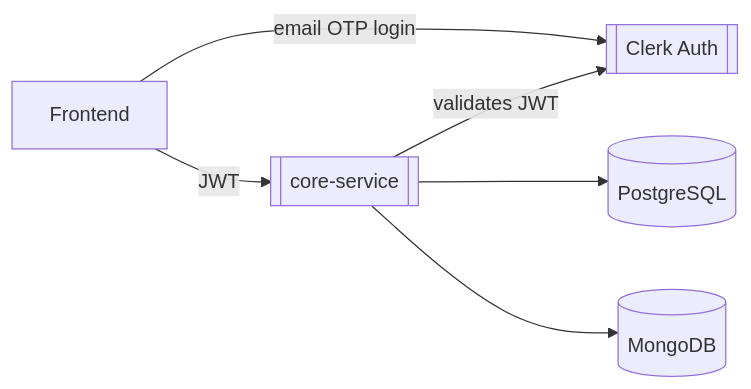
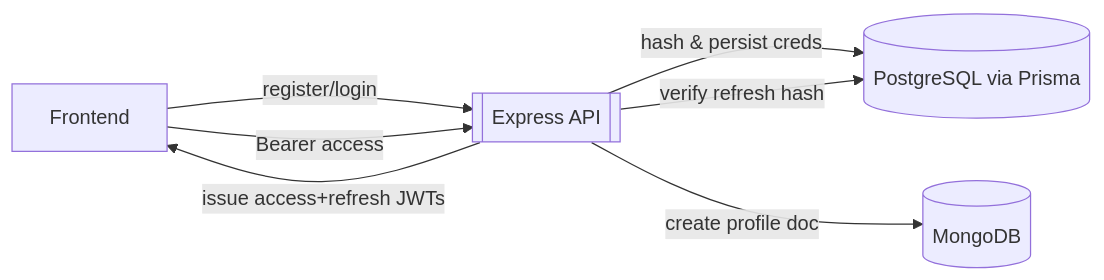
Before and after one commit to l-quincy01/uni-scheduler: the second of 5 diagrams in README.md, drawn with Mermaid. The commit also changed other lines of this file, not shown here.

````diff
--- a/README.md
+++ b/README.md
@@ -95,8 +111,9 @@
 ```mermaid
 flowchart LR
-    FE[Frontend] -- email OTP login --> Clerk[[Clerk Auth]]
-    API[[core-service]] -- validates JWT --> Clerk
-    API --> Postgres[(PostgreSQL)]
-    API --> Mongo[(MongoDB)]
-    FE -->|JWT| API
+    FE[Frontend] -- register/login --> API[[Express API]]
+    API -- hash & persist creds --> PSQL[(PostgreSQL via Prisma)]
+    API -- create profile doc --> MONGO[(MongoDB)]
+    API -- issue access+refresh JWTs --> FE
+    FE -->|Bearer access| API
+    API -- verify refresh hash --> PSQL
 ```
````
